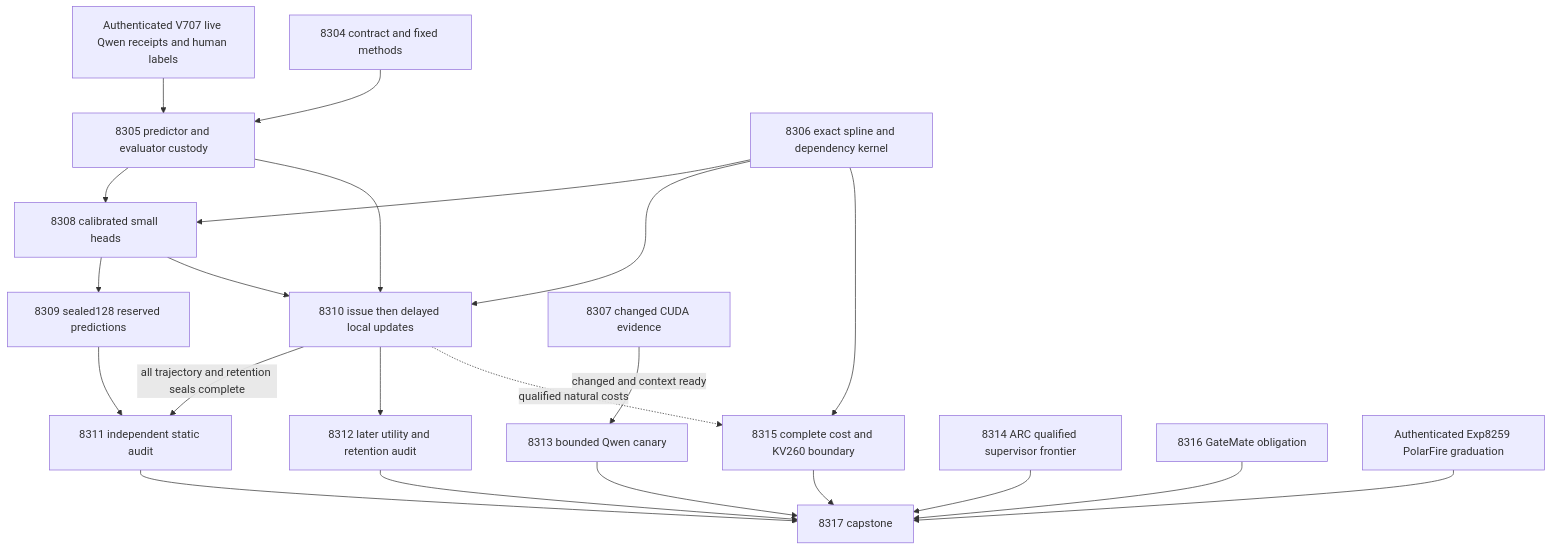
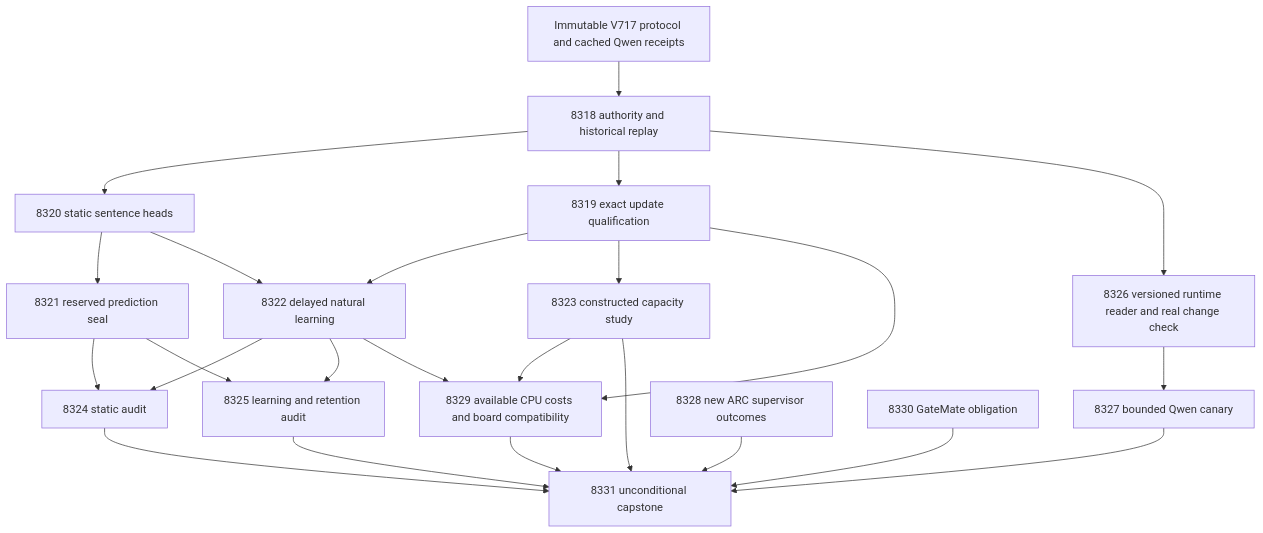
One commit to Carnot-EBM/carnot-ebm changed the diagram in openspec/change-proposals/research-roadmap-vNEXT.md. Above: the diagram before and after it, drawn with Mermaid. The commit also changed other lines of this file and 14 other files, not shown here.

````diff
--- a/openspec/change-proposals/research-roadmap-vNEXT.md
+++ b/openspec/change-proposals/research-roadmap-vNEXT.md
@@ -91,24 +99,26 @@
 ```mermaid
 flowchart TD
-    A[Authenticated V707 live Qwen receipts and human labels] --> B[8305 predictor and evaluator custody]
-    M[8304 contract and fixed methods] --> B
-    K[8306 exact spline and dependency kernel] --> C[8308 calibrated small heads]
-    B --> C
-    C --> D[8309 sealed128 reserved predictions]
-    D --> E[8311 independent static audit]
-    F -->|all trajectory and retention seals complete| E
-    B --> F[8310 issue then delayed local updates]
-    C --> F
-    K --> F
-    F --> G[8312 later utility and retention audit]
-    R[8307 changed CUDA evidence] -->|changed and context ready| Q[8313 bounded Qwen canary]
-    K --> H[8315 complete cost and KV260 boundary]
-    F -. qualified natural costs .-> H
-    X[8314 ARC qualified supervisor frontier] --> Z[8317 capstone]
-    Y[8316 GateMate obligation] --> Z
-    E --> Z
+    H[Immutable V717 protocol and cached Qwen receipts] --> C[8318 authority and historical replay]
+    C --> F[8320 static sentence heads]
+    C --> K[8319 exact update qualification]
+    F --> S[8321 reserved prediction seal]
+    F --> L[8322 delayed natural learning]
+    K --> L
+    K --> Q[8323 constructed capacity study]
+    S --> A[8324 static audit]
+    L --> A
+    S --> B[8325 learning and retention audit]
+    L --> B
+    C --> R[8326 versioned runtime reader and real change check]
+    R --> G[8327 bounded Qwen canary]
+    K --> W[8329 available CPU costs and board compatibility]
+    L --> W
+    Q --> W
+    X[8328 new ARC supervisor outcomes] --> Z[8331 unconditional capstone]
+    Y[8330 GateMate obligation] --> Z
+    A --> Z
+    B --> Z
+    Q --> Z
     G --> Z
-    H --> Z
-    Q --> Z
-    P[Authenticated Exp8259 PolarFire graduation] --> Z
+    W --> Z
 ```
````
